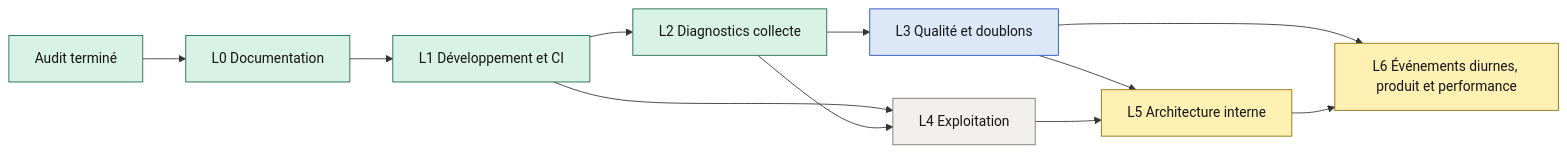
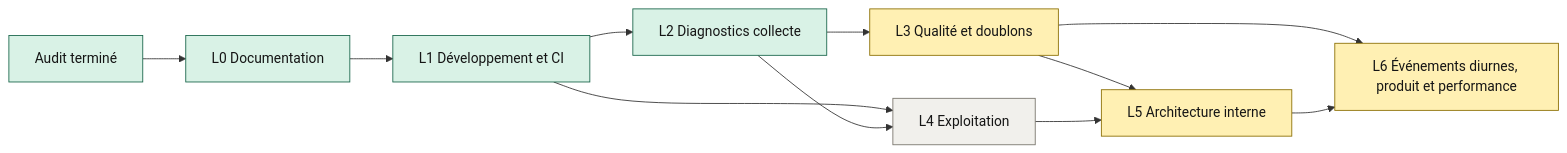
One commit to VinniMo/samstag changed the diagram in docs/diagrams/implementation-roadmap.mmd. Above: the diagram before and after it, drawn with Mermaid. The commit also changed 9 other files, not shown here.

```diff
--- a/docs/diagrams/implementation-roadmap.mmd
+++ b/docs/diagrams/implementation-roadmap.mmd
@@ -1,22 +1,22 @@
 flowchart LR
     A[Audit terminé] --> L0[L0 Documentation]
     L0 --> L1[L1 Développement et CI]
     L1 --> L2[L2 Diagnostics collecte]
     L2 --> L3[L3 Qualité et doublons]
     L1 --> L4[L4 Exploitation]
     L2 --> L4
     L3 --> L5[L5 Architecture interne]
     L4 --> L5
     L3 --> L6[L6 Événements diurnes, produit et performance]
     L5 --> L6
 
     classDef done fill:#d9f2e6,stroke:#176449,color:#151515
     classDef doing fill:#fff0b3,stroke:#8a6d00,color:#151515
     classDef ready fill:#dce8f7,stroke:#244bc0,color:#151515
     classDef todo fill:#f1f0ec,stroke:#77736a,color:#151515
     classDef blocked fill:#f7d9e6,stroke:#a3004f,color:#151515
 
     class A,L0,L1,L2 done
-    class L3 ready
+    class L3 doing
     class L4 todo
     class L5,L6 doing
```
